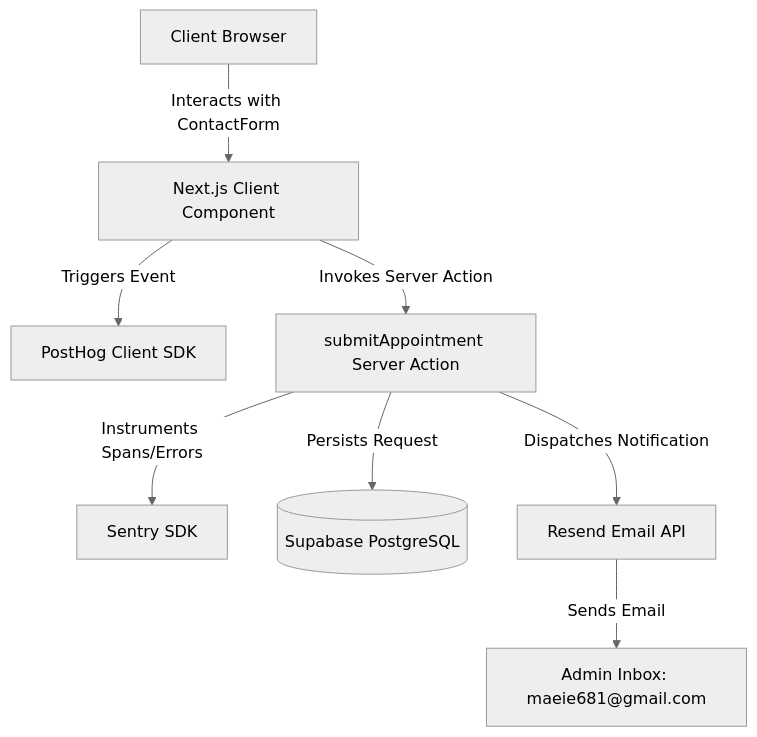
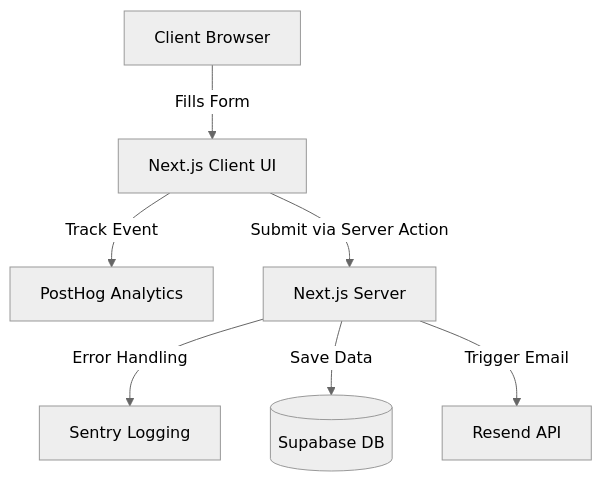
Before and after one commit to AndreiNeptune/IT-and-Computer-Service: the diagram in README.md, drawn with Mermaid (neutral theme). The commit also changed other lines of this file, not shown here.

````diff
--- a/README.md
+++ b/README.md
@@ -11,10 +138,9 @@
 ```mermaid
 graph TD
-    A[Client Browser] -->|Interacts with ContactForm| B[Next.js Client Component]
-    B -->|Triggers Event| PH[PostHog Client SDK]
-    B -->|Invokes Server Action| C[submitAppointment Server Action]
-    C -->|Instruments Spans/Errors| S[Sentry SDK]
-    C -->|Persists Request| DB[(Supabase PostgreSQL)]
-    C -->|Dispatches Notification| E[Resend Email API]
-    E -->|Sends Email| Adm[Admin Inbox: maeie681@gmail.com]
+    A[Client Browser] -->|Fills Form| B[Next.js Client UI]
+    B -->|Track Event| PH[PostHog Analytics]
+    B -->|Submit via Server Action| C[Next.js Server]
+    C -->|Error Handling| S[Sentry Logging]
+    C -->|Save Data| DB[(Supabase DB)]
+    C -->|Trigger Email| E[Resend API]
 ```
````
